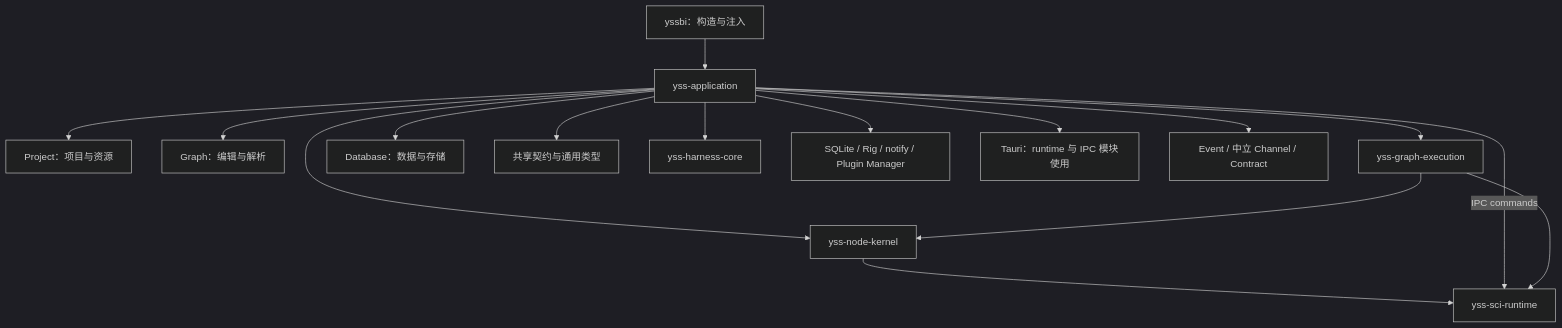
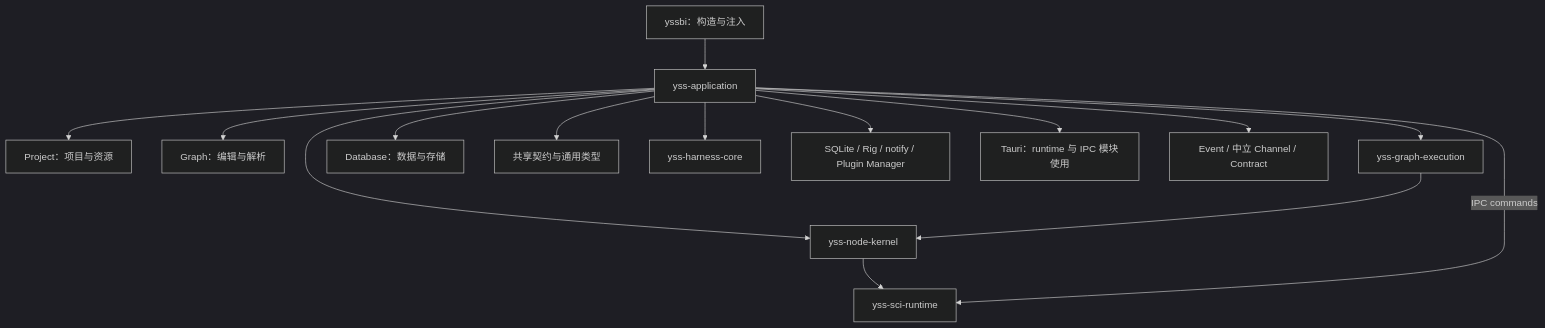
The diagram in src-tauri/crates/yss-application/README.md (zhouyi207/YssBI), drawn with Mermaid (dark theme) before and after one commit. The commit also changed other lines of this file and 33 other files, not shown here.

````diff
--- a/src-tauri/crates/yss-application/README.md
+++ b/src-tauri/crates/yss-application/README.md
@@ -16,18 +16,17 @@
 ```mermaid
 flowchart TD
     ROOT["yssbi：构造与注入"] --> APP["yss-application"]
     APP --> PROJECT["Project：项目与资源"]
     APP --> GRAPH["Graph：编辑与解析"]
     APP --> EXEC["yss-graph-execution"]
     APP --> KERNEL["yss-node-kernel"]
     EXEC --> KERNEL
     KERNEL --> SCI["yss-sci-runtime"]
     APP --> DATA["Database：数据与存储"]
     APP --> CONTRACT["共享契约与通用类型"]
     APP --> HARNESS["yss-harness-core"]
     APP --> ADAPTERS["SQLite / Rig / notify / Plugin Manager"]
     APP --> TAURI["Tauri：runtime 与 IPC 模块使用"]
     APP --> IPC["Event / 中立 Channel / Contract"]
     APP -->|IPC commands| SCI["yss-sci-runtime"]
-    EXEC --> SCI
 ```
````
